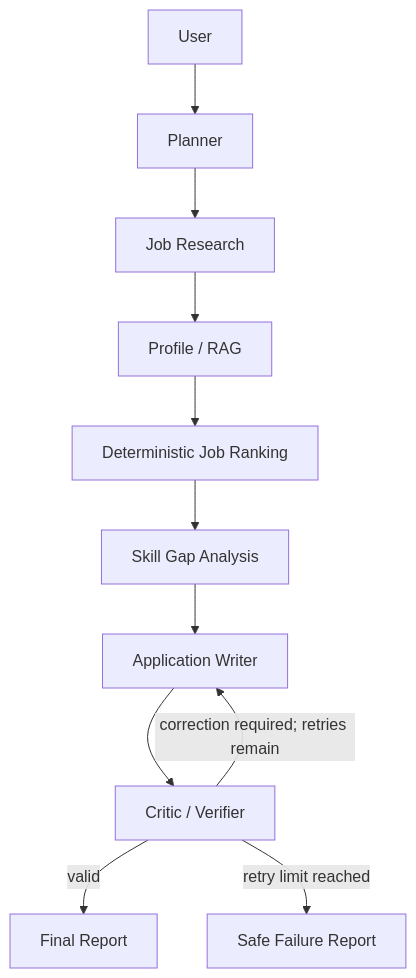
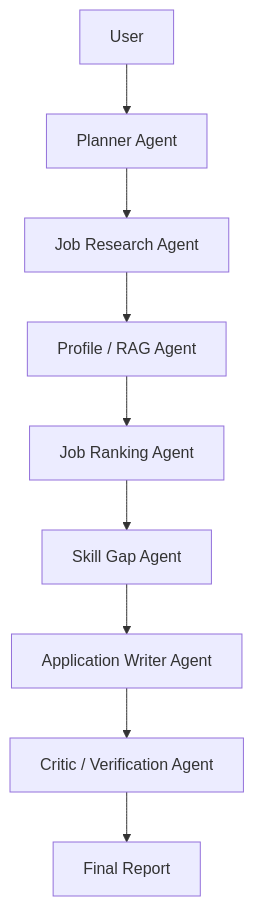
Before and after one commit to taka2706/careerpilot-ai: the diagram in README.md, drawn with Mermaid. The commit also changed other lines of this file and 2 other files, not shown here.

Commit message:
docs: update architecture and setup guide

````diff
--- a/README.md
+++ b/README.md
@@ -19,13 +21,11 @@
 ```mermaid
 flowchart TD
-    User --> Planner
-    Planner --> Research[Job Research]
-    Research --> Profile[Profile / RAG]
-    Profile --> Ranking[Deterministic Job Ranking]
-    Ranking --> Gaps[Skill Gap Analysis]
-    Gaps --> Writer[Application Writer]
-    Writer --> Critic[Critic / Verifier]
-    Critic -->|valid| Report[Final Report]
-    Critic -->|correction required; retries remain| Writer
-    Critic -->|retry limit reached| Failure[Safe Failure Report]
+    U[User] --> P[Planner Agent]
+    P --> J[Job Research Agent]
+    J --> R[Profile / RAG Agent]
+    R --> K[Job Ranking Agent]
+    K --> S[Skill Gap Agent]
+    S --> A[Application Writer Agent]
+    A --> C[Critic / Verification Agent]
+    C --> F[Final Report]
 ```
````
